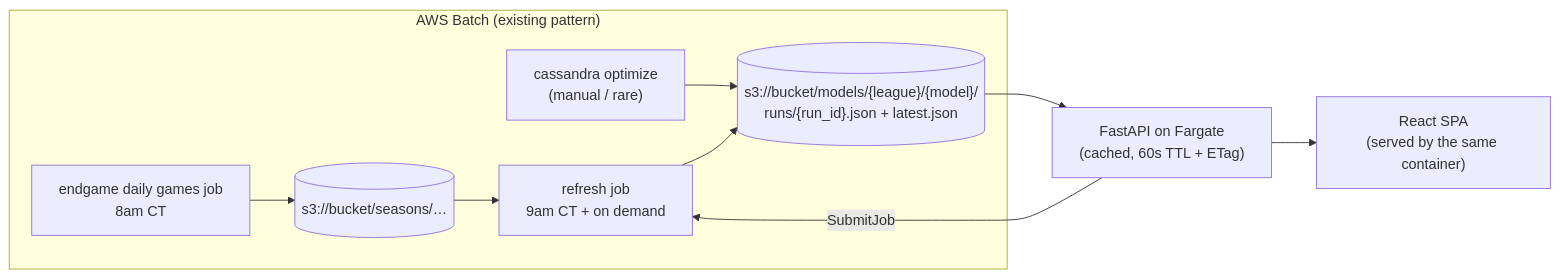
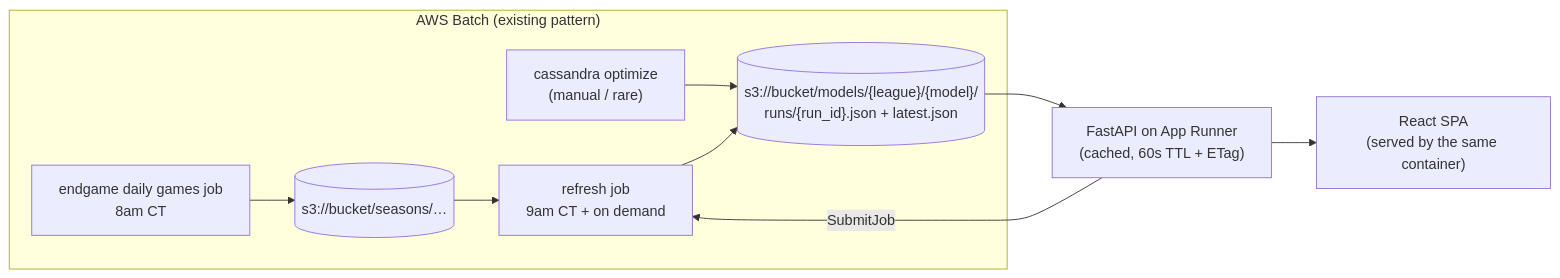
Before and after one commit to NathanDeMaria/invisible-string: the diagram in DESIGN.md, drawn with Mermaid. The commit also changed other lines of this file, not shown here.

First line of the commit message:
Add rating history design; switch hosting to App Runner

````diff
--- a/DESIGN.md
+++ b/DESIGN.md
@@ -63,13 +106,13 @@
 ```mermaid
 flowchart LR
   subgraph batch["AWS Batch (existing pattern)"]
     EG["endgame daily games job<br/>8am CT"] --> S3G[("s3://bucket/seasons/…")]
     OPT["cassandra optimize<br/>(manual / rare)"] --> REL
     REF["refresh job<br/>9am CT + on demand"] --> REL
     S3G --> REF
   end
   REL[("s3://bucket/models/{league}/{model}/<br/>runs/{run_id}.json + latest.json")]
-  REL --> API["FastAPI on Fargate<br/>(cached, 60s TTL + ETag)"]
+  REL --> API["FastAPI on App Runner<br/>(cached, 60s TTL + ETag)"]
   API --> UI["React SPA<br/>(served by the same container)"]
   API -->|"SubmitJob"| REF
 ```
````
